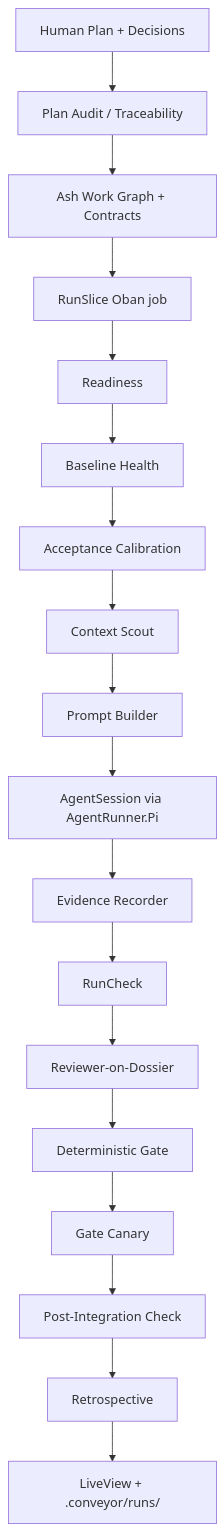
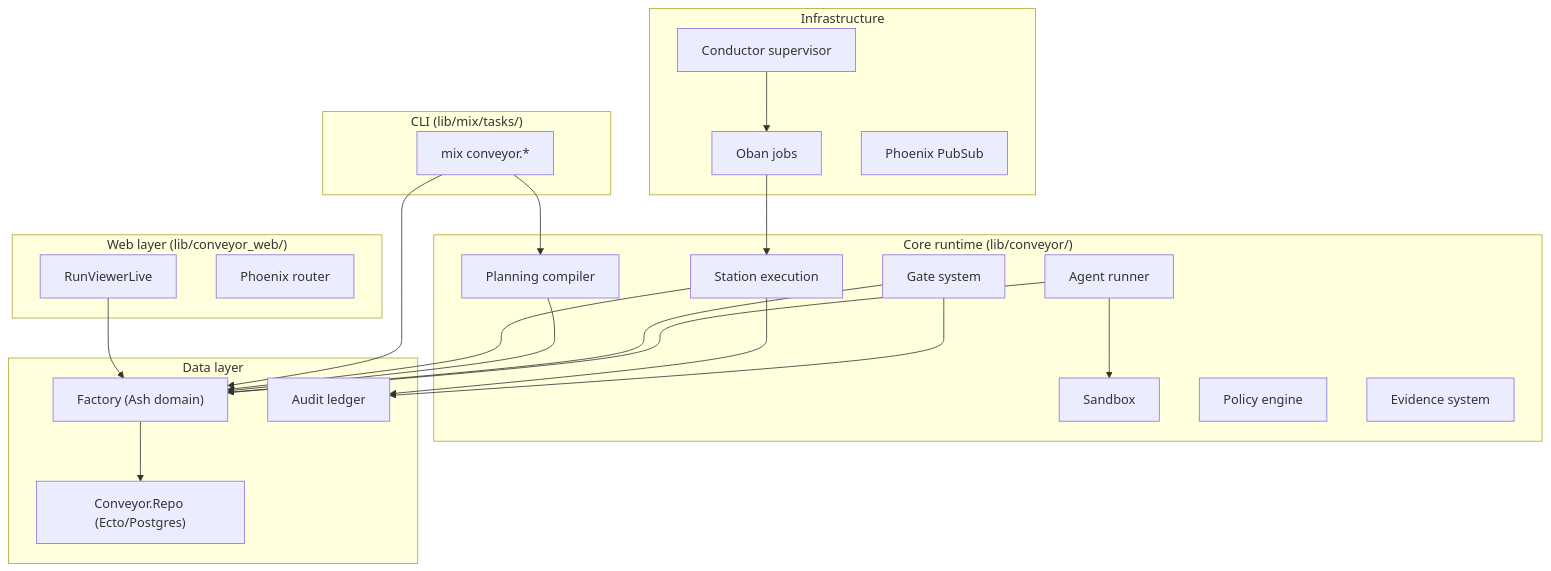
The second of 3 diagrams in droid-wiki/overview/architecture.md (robertguss/software-factory-ai), drawn with Mermaid before and after one commit. The commit also changed other lines of this file and 56 other files, not shown here.

````diff
--- a/droid-wiki/overview/architecture.md
+++ b/droid-wiki/overview/architecture.md
@@ -9,39 +25,47 @@
 ```mermaid
 graph TD
-    HumanPlan["Human Plan + Decisions"]
-    PlanAudit["Plan Audit / Traceability"]
-    WorkGraph["Ash Work Graph + Contracts"]
-    RunSlice["RunSlice Oban job"]
-    Readiness["Readiness"]
-    Baseline["Baseline Health"]
-    Calib["Acceptance Calibration"]
-    Scout["Context Scout"]
-    Prompt["Prompt Builder"]
-    Agent["AgentSession via AgentRunner.Pi"]
-    Evidence["Evidence Recorder"]
-    RunCheck["RunCheck"]
-    Reviewer["Reviewer-on-Dossier"]
-    Gate["Deterministic Gate"]
-    Canary["Gate Canary"]
-    PostInt["Post-Integration Check"]
-    Retro["Retrospective"]
-    LiveView["LiveView + .conveyor/runs/"]
+    subgraph Core["Core runtime (lib/conveyor/)"]
+        Planning["Planning compiler"]
+        Station["Station execution"]
+        Gate["Gate system"]
+        AgentRunner["Agent runner"]
+        Sandbox["Sandbox"]
+        Policy["Policy engine"]
+        Evidence["Evidence system"]
+    end
 
-    HumanPlan --> PlanAudit
-    PlanAudit --> WorkGraph
-    WorkGraph --> RunSlice
-    RunSlice --> Readiness
-    Readiness --> Baseline
-    Baseline --> Calib
-    Calib --> Scout
-    Scout --> Prompt
-    Prompt --> Agent
-    Agent --> Evidence
-    Evidence --> RunCheck
-    RunCheck --> Reviewer
-    Reviewer --> Gate
-    Gate --> Canary
-    Canary --> PostInt
-    PostInt --> Retro
-    Retro --> LiveView
+    subgraph Data["Data layer"]
+        Factory["Factory (Ash domain)"]
+        Repo["Conveyor.Repo (Ecto/Postgres)"]
+        Ledger["Audit ledger"]
+    end
+
+    subgraph Infra["Infrastructure"]
+        Oban["Oban jobs"]
+        Conductor["Conductor supervisor"]
+        PubSub["Phoenix PubSub"]
+    end
+
+    subgraph Web["Web layer (lib/conveyor_web/)"]
+        LiveView["RunViewerLive"]
+        Router["Phoenix router"]
+    end
+
+    subgraph CLI["CLI (lib/mix/tasks/)"]
+        MixTasks["mix conveyor.*"]
+    end
+
+    Factory --> Repo
+    Station --> Factory
+    Planning --> Factory
+    Gate --> Factory
+    AgentRunner --> Sandbox
+    AgentRunner --> Factory
+    Station --> Ledger
+    Gate --> Ledger
+    Oban --> Station
+    Conductor --> Oban
+    LiveView --> Factory
+    MixTasks --> Factory
+    MixTasks --> Planning
 ```
````
